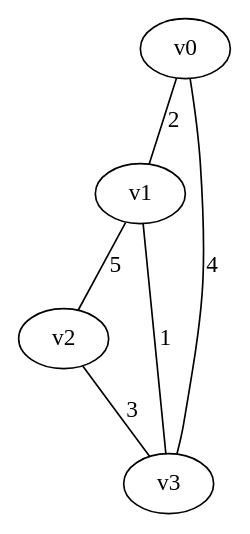
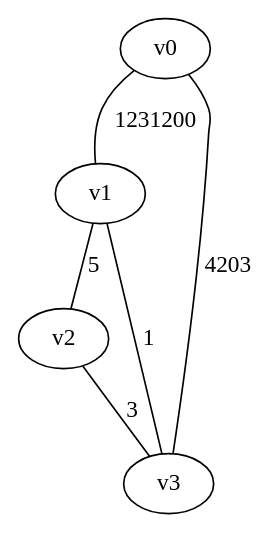
The diagram in PA3/inputs/gn4.dot (mouda/algorithm), drawn with Graphviz before and after one commit. The commit also changed 6 other files, not shown here.

```diff
--- a/PA3/inputs/gn4.dot
+++ b/PA3/inputs/gn4.dot
@@ -1,7 +1,7 @@
 graph G {
-v0 -- v1  [label = "2"];
+v0 -- v1  [label = "1231200"];
 v1 -- v2  [label = "5"];
-v0 -- v3  [label = "4"];
+v0 -- v3  [label = "4203"];
 v2 -- v3  [label = "3"];
 v1 -- v3  [label = "1"];
 }
```
